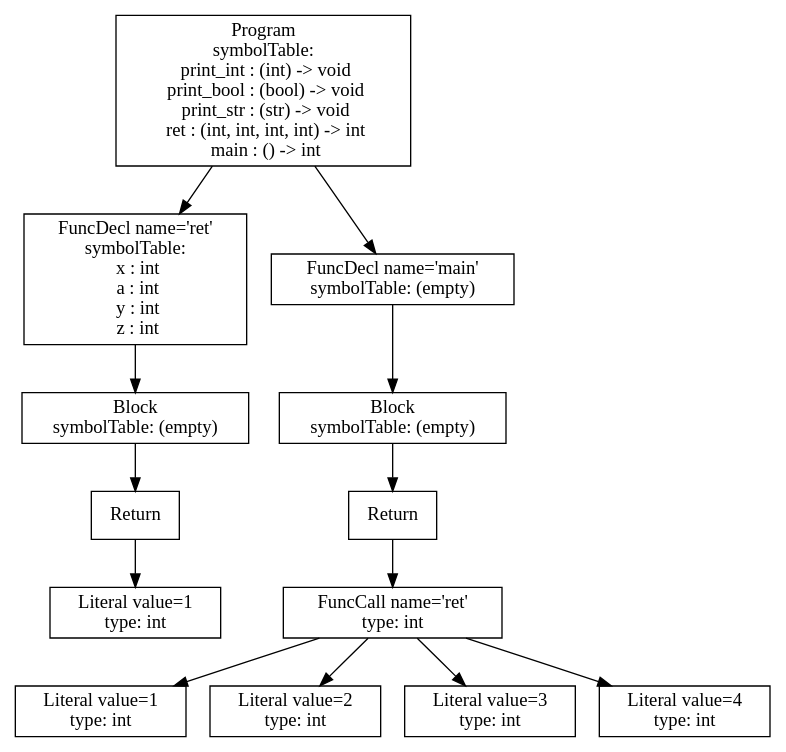
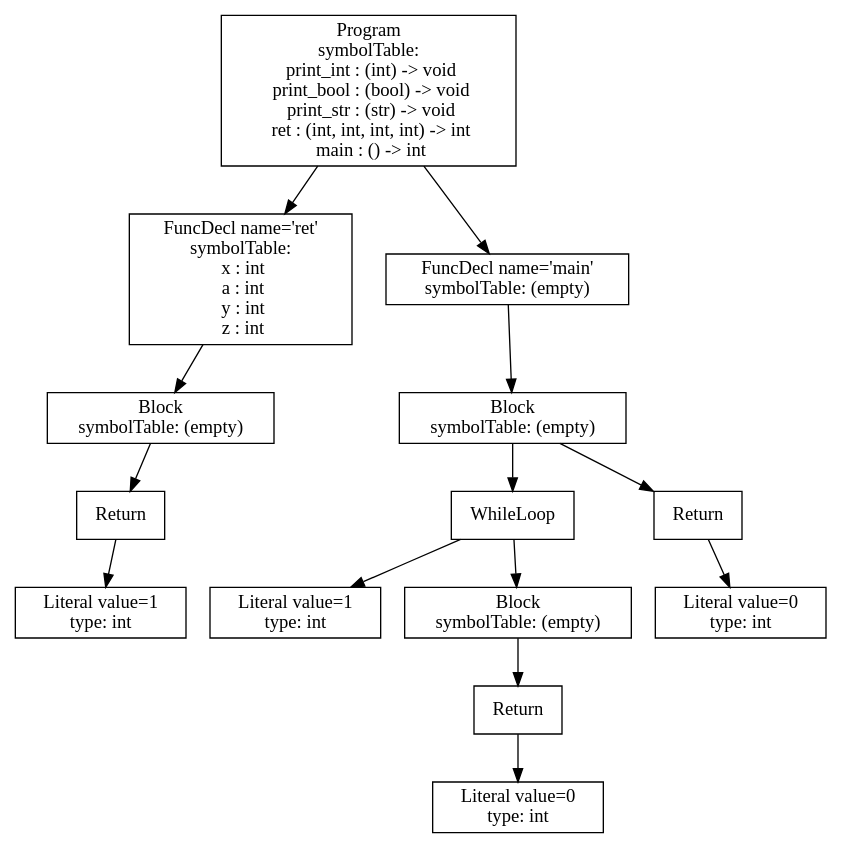
Before and after one commit to atrim11/CS432: the diagram in p3-analysis/tree.dot, drawn with Graphviz. The commit also changed 5 other files, not shown here.

```diff
--- a/p3-analysis/tree.dot
+++ b/p3-analysis/tree.dot
@@ -1,27 +1,29 @@
 digraph AST {
 4 [shape=box, label="Literal value=1\ntype: int"];
 3 [shape=box, label="Return"];
 3 -> 4;
 2 [shape=box, label="Block\nsymbolTable: (empty)"];
 2 -> 3;
 1 [shape=box, label="FuncDecl name='ret'\nsymbolTable: \n  x : int\n  a : int\n  y : int\n  z : int"];
 1 -> 2;
-9 [shape=box, label="Literal value=1\ntype: int"];
-10 [shape=box, label="Literal value=2\ntype: int"];
-11 [shape=box, label="Literal value=3\ntype: int"];
-12 [shape=box, label="Literal value=4\ntype: int"];
-8 [shape=box, label="FuncCall name='ret'\ntype: int"];
-8 -> 9;
-8 -> 10;
-8 -> 11;
-8 -> 12;
-7 [shape=box, label="Return"];
+8 [shape=box, label="Literal value=1\ntype: int"];
+11 [shape=box, label="Literal value=0\ntype: int"];
+10 [shape=box, label="Return"];
+10 -> 11;
+9 [shape=box, label="Block\nsymbolTable: (empty)"];
+9 -> 10;
+7 [shape=box, label="WhileLoop"];
 7 -> 8;
+7 -> 9;
+13 [shape=box, label="Literal value=0\ntype: int"];
+12 [shape=box, label="Return"];
+12 -> 13;
 6 [shape=box, label="Block\nsymbolTable: (empty)"];
 6 -> 7;
+6 -> 12;
 5 [shape=box, label="FuncDecl name='main'\nsymbolTable: (empty)"];
 5 -> 6;
 0 [shape=box, label="Program\nsymbolTable: \n  print_int : (int) -> void\n  print_bool : (bool) -> void\n  print_str : (str) -> void\n  ret : (int, int, int, int) -> int\n  main : () -> int"];
 0 -> 1;
 0 -> 5;
 }
```
